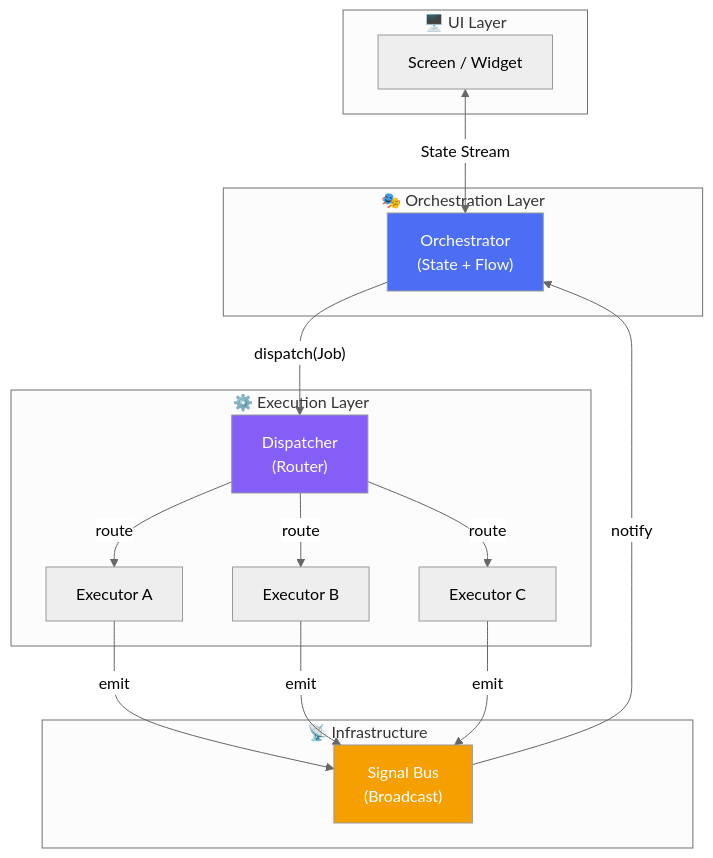
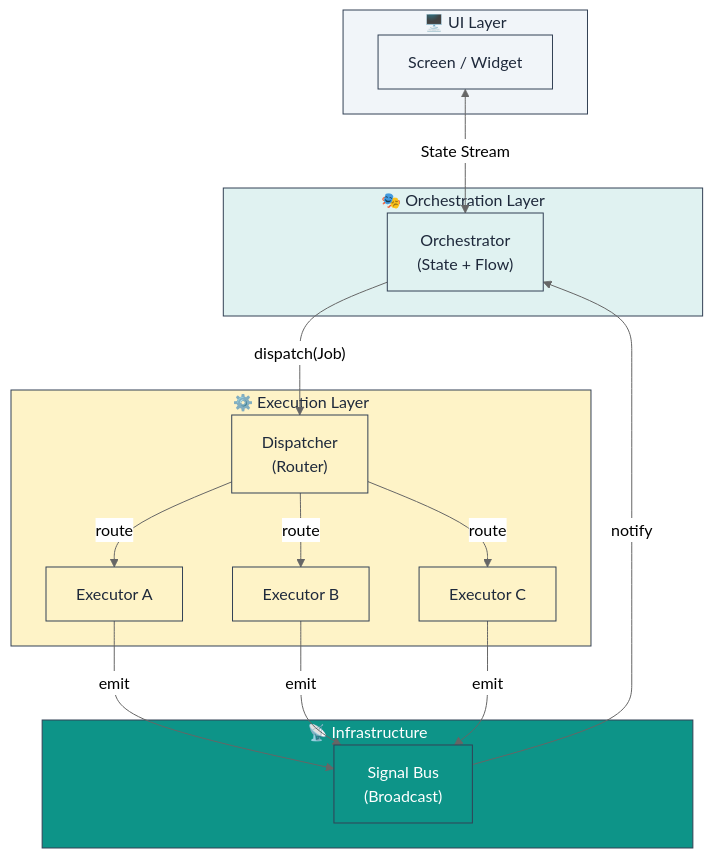
The fourth of 11 diagrams in book/chapters/02_architecture_concepts.md (lploc94/flutter_orchestrator), drawn with Mermaid (neutral theme) before and after one commit. The commit also changed other lines of this file and 3 other files, not shown here.

````diff
--- a/book/chapters/02_architecture_concepts.md
+++ b/book/chapters/02_architecture_concepts.md
@@ -107,35 +114,43 @@
 ```mermaid
 graph TB
     subgraph UI["🖥️ UI Layer"]
         Screen["Screen / Widget"]
     end
     
     subgraph Orchestration["🎭 Orchestration Layer"]
         Orch["Orchestrator<br/>(State + Flow)"]
     end
     
     subgraph Execution["⚙️ Execution Layer"]
         Dispatcher["Dispatcher<br/>(Router)"]
         Exec1["Executor A"]
         Exec2["Executor B"]
         Exec3["Executor C"]
     end
     
     subgraph Infra["📡 Infrastructure"]
         Bus["Signal Bus<br/>(Broadcast)"]
     end
     
     Screen <-->|"State Stream"| Orch
     Orch -->|"dispatch(Job)"| Dispatcher
     Dispatcher -->|"route"| Exec1
     Dispatcher -->|"route"| Exec2
     Dispatcher -->|"route"| Exec3
     Exec1 -->|"emit"| Bus
     Exec2 -->|"emit"| Bus
     Exec3 -->|"emit"| Bus
     Bus -->|"notify"| Orch
     
-    style Orch fill:#4c6ef5,color:#fff
-    style Dispatcher fill:#845ef7,color:#fff
-    style Bus fill:#f59f00,color:#fff
+    style UI fill:#f1f5f9,stroke:#334155,color:#1e293b
+    style Orchestration fill:#e0f2f1,stroke:#334155,color:#1e293b
+    style Execution fill:#fef3c7,stroke:#334155,color:#1e293b
+    style Infra fill:#0d9488,stroke:#334155,color:#ffffff
+    style Orch fill:#e0f2f1,stroke:#334155,color:#1e293b
+    style Dispatcher fill:#fef3c7,stroke:#334155,color:#1e293b
+    style Bus fill:#0d9488,stroke:#334155,color:#ffffff
+    style Screen fill:#f1f5f9,stroke:#334155,color:#1e293b
+    style Exec1 fill:#fef3c7,stroke:#334155,color:#1e293b
+    style Exec2 fill:#fef3c7,stroke:#334155,color:#1e293b
+    style Exec3 fill:#fef3c7,stroke:#334155,color:#1e293b
 ```
````
